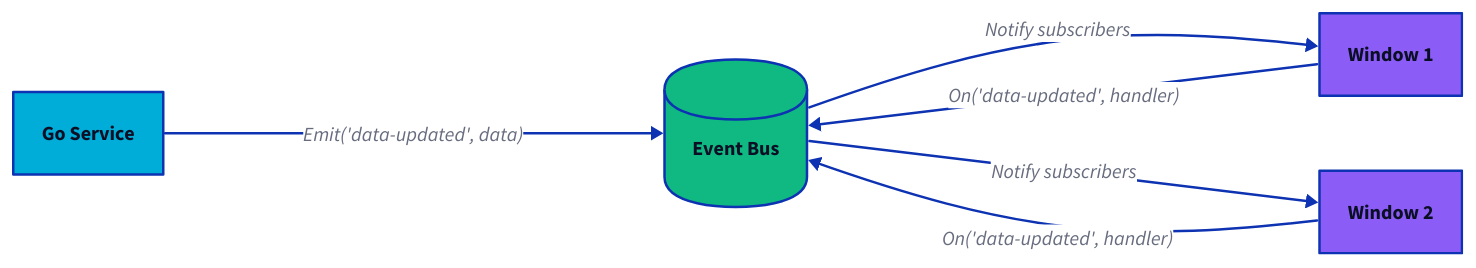
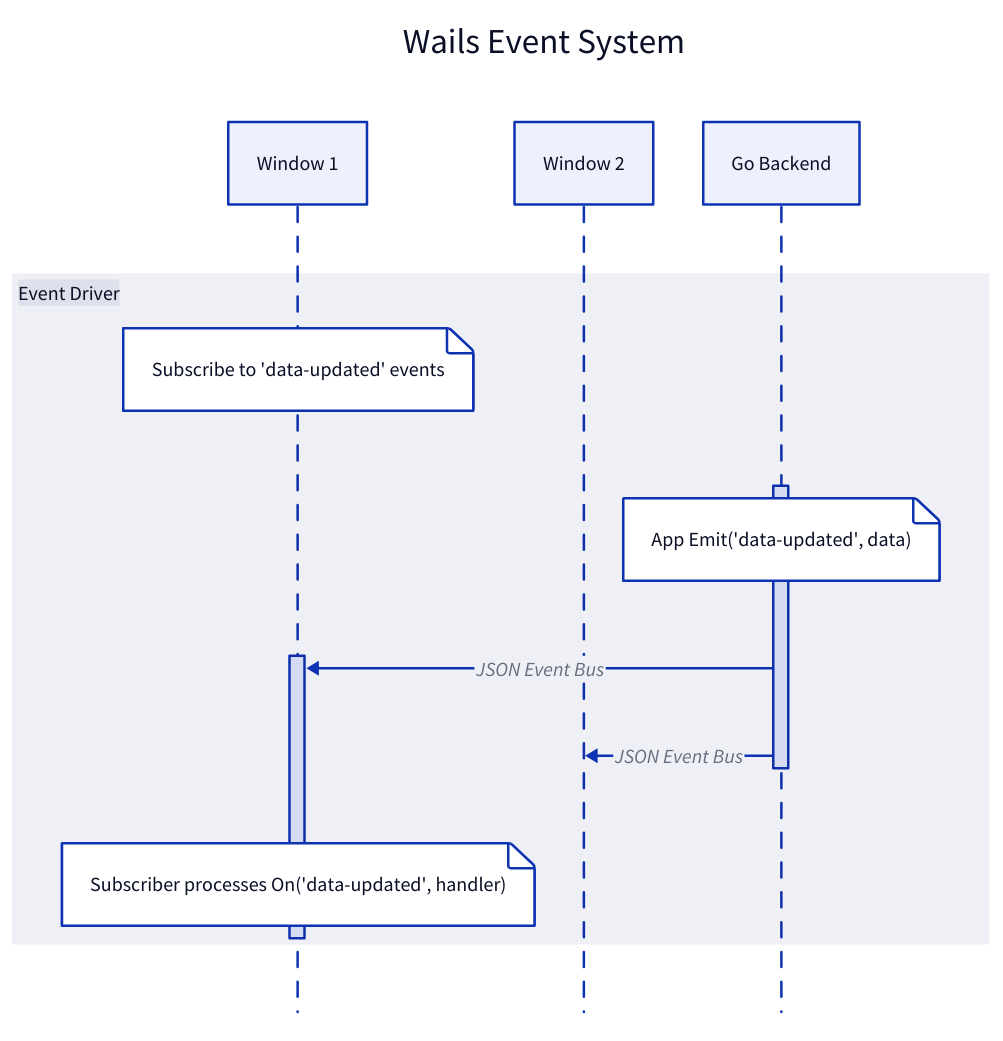
One commit to wailsapp/wails changed the third of 8 diagrams in docs/src/content/docs/concepts/architecture.mdx. Above: the diagram before and after it, drawn with D2. The commit also changed other lines of this file and 2 other files, not shown here.

Commit message:
Docs: Change to a couple of diagrams on architecture page to use sequence diagram for cleaner display Docs: Include note about installing D2 as a prerequisite for running

````diff
--- a/docs/src/content/docs/concepts/architecture.mdx
+++ b/docs/src/content/docs/concepts/architecture.mdx
@@ -228,29 +199,20 @@
 ```d2
-direction: right
+direction: left
 
-GoService: "Go Service" {
-  shape: rectangle
-  style.fill: "#00ADD8"
+Wails Event System: {
+  shape: sequence_diagram
+
+  window1: Window 1
+  window2: Window 2
+  backend: Go Backend
+
+  Event Driver: {
+    shape: sequence_diagram
+    window1."Subscribe to 'data-updated' events"
+    backend.a."App Emit('data-updated', data)"
+    backend.a -> window1.a:"JSON Event Bus"
+    backend.a -> window2:"JSON Event Bus"
+    window1.a."Subscriber processes On('data-updated', handler)"
+  }
 }
-
-EventBus: "Event Bus" {
-  shape: cylinder
-  style.fill: "#10B981"
-}
-
-Frontend1: "Window 1" {
-  shape: rectangle
-  style.fill: "#8B5CF6"
-}
-
-Frontend2: "Window 2" {
-  shape: rectangle
-  style.fill: "#8B5CF6"
-}
-
-GoService -> EventBus: "Emit('data-updated', data)"
-EventBus -> Frontend1: "Notify subscribers"
-EventBus -> Frontend2: "Notify subscribers"
-Frontend1 -> EventBus: "On('data-updated', handler)"
-Frontend2 -> EventBus: "On('data-updated', handler)"
 ```
````
